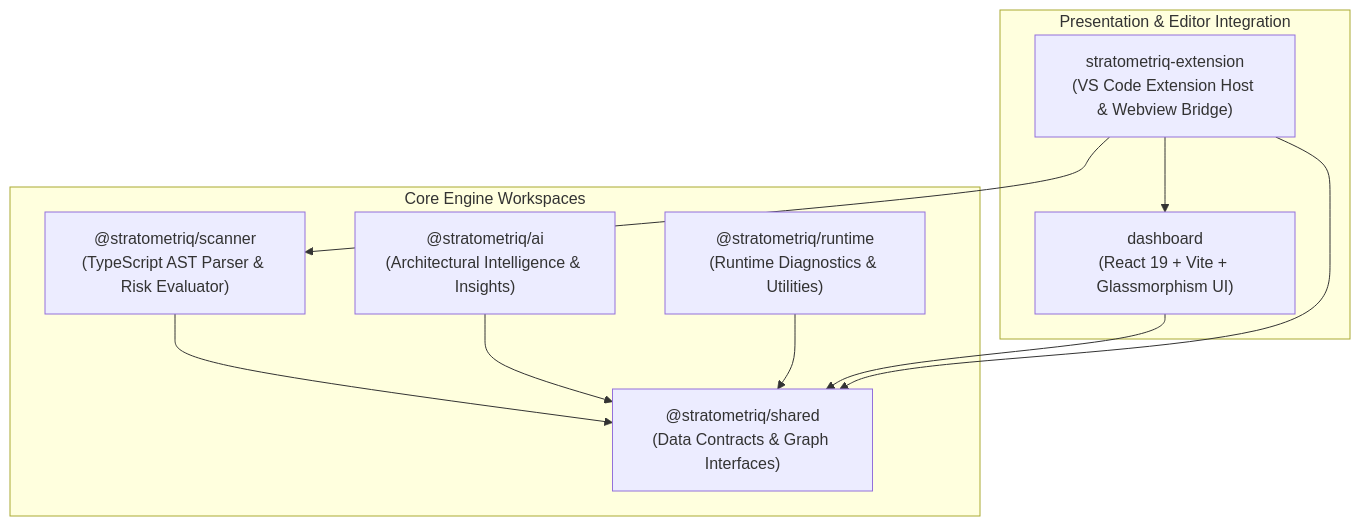
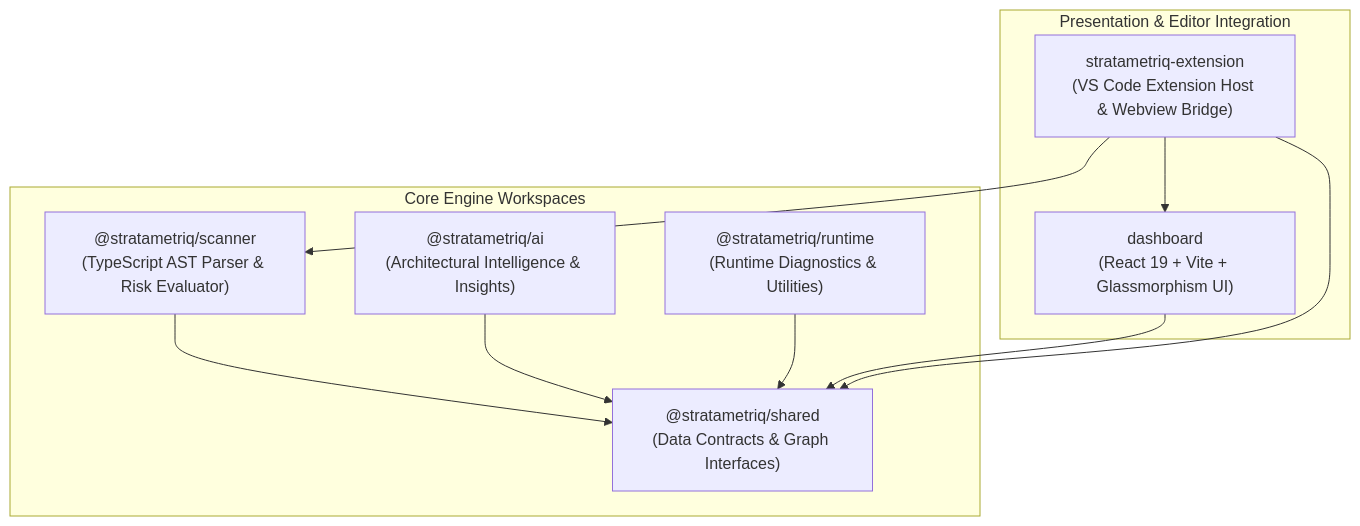
One commit to aabid-wani/stratametriq changed the diagram in stratametriq-docs/docs/architecture.md. Above: the diagram before and after it, drawn with Mermaid. The commit also changed other lines of this file and 32 other files, not shown here.

````diff
--- a/stratametriq-docs/docs/architecture.md
+++ b/stratametriq-docs/docs/architecture.md
@@ -14,22 +14,22 @@
 ```mermaid
 graph TD
     subgraph Core Engine Workspaces
-        SHARED["@stratometriq/shared<br/>(Data Contracts & Graph Interfaces)"]
-        SCANNER["@stratometriq/scanner<br/>(TypeScript AST Parser & Risk Evaluator)"]
-        AI["@stratometriq/ai<br/>(Architectural Intelligence & Insights)"]
-        RUNTIME["@stratometriq/runtime<br/>(Runtime Diagnostics & Utilities)"]
+        SHARED["@stratametriq/shared<br/>(Data Contracts & Graph Interfaces)"]
+        SCANNER["@stratametriq/scanner<br/>(TypeScript AST Parser & Risk Evaluator)"]
+        AI["@stratametriq/ai<br/>(Architectural Intelligence & Insights)"]
+        RUNTIME["@stratametriq/runtime<br/>(Runtime Diagnostics & Utilities)"]
     end
 
     subgraph Presentation & Editor Integration
         DASHBOARD["dashboard<br/>(React 19 + Vite + Glassmorphism UI)"]
-        EXT["stratometriq-extension<br/>(VS Code Extension Host & Webview Bridge)"]
+        EXT["stratametriq-extension<br/>(VS Code Extension Host & Webview Bridge)"]
     end
 
     SCANNER --> SHARED
     AI --> SHARED
     RUNTIME --> SHARED
     DASHBOARD --> SHARED
     EXT --> SCANNER
     EXT --> SHARED
     EXT --> DASHBOARD
 ```
````
